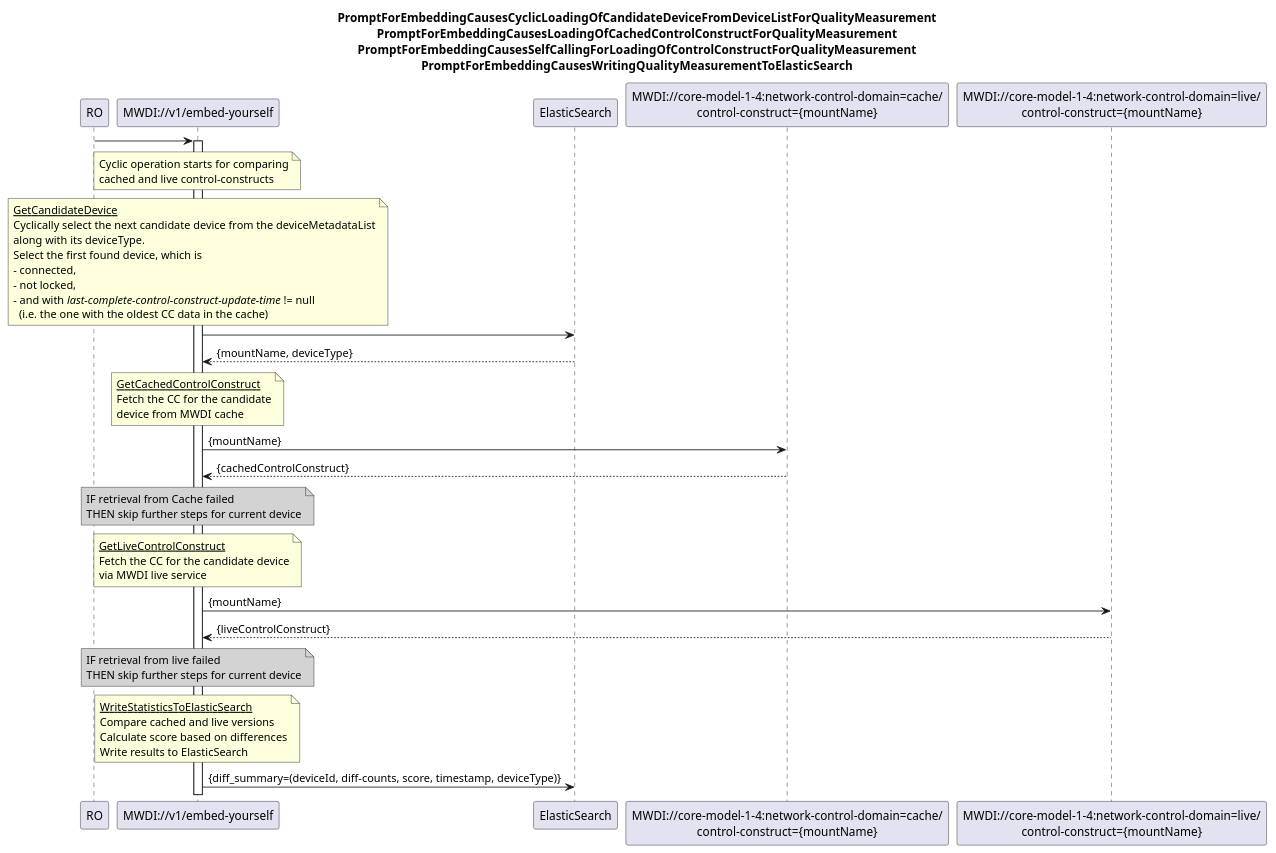
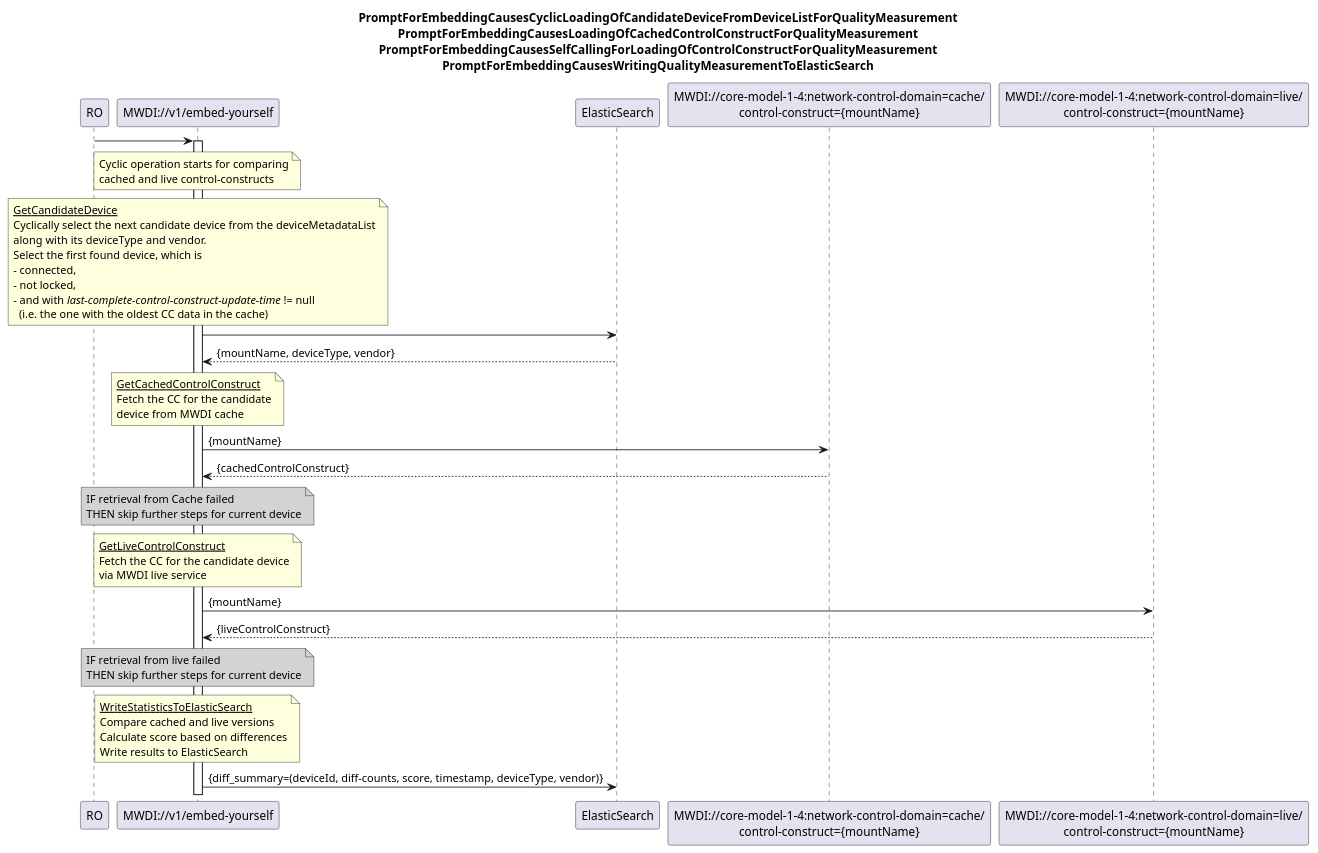
One commit to openBackhaul/MicroWaveDeviceInventory changed the diagram in spec/diagrams/00z_CyclicCacheQualityMeasurement.plantuml. Above: the diagram before and after it, drawn with PlantUML. The commit also changed 4 other files, not shown here.

Commit message:
update diagrams

```diff
--- a/spec/diagrams/00z_CyclicCacheQualityMeasurement.plantuml
+++ b/spec/diagrams/00z_CyclicCacheQualityMeasurement.plantuml
@@ -1,81 +1,81 @@
 @startuml 00z_CyclicCacheQualityMeasurement
 
 skinparam responseMessageBelowArrow true
 
  
 title
 PromptForEmbeddingCausesCyclicLoadingOfCandidateDeviceFromDeviceListForQualityMeasurement
 PromptForEmbeddingCausesLoadingOfCachedControlConstructForQualityMeasurement
 PromptForEmbeddingCausesSelfCallingForLoadingOfControlConstructForQualityMeasurement
 PromptForEmbeddingCausesWritingQualityMeasurementToElasticSearch
 end title
  
 participant RO as ro
 
 participant "MWDI://v1/embed-yourself" as mwdi
 participant "ElasticSearch" as es
 participant "MWDI://core-model-1-4:network-control-domain=cache/\ncontrol-construct={mountName}" as cache
 participant "MWDI://core-model-1-4:network-control-domain=live/\ncontrol-construct={mountName}" as live 
 
 
 ro -> mwdi
 
 activate mwdi
 
 note over mwdi
 Cyclic operation starts for comparing
 cached and live control-constructs
 end note
 
 note over mwdi
   <u>GetCandidateDevice</u>
   Cyclically select the next candidate device from the deviceMetadataList
-  along with its deviceType.
+  along with its deviceType and vendor.
   Select the first found device, which is
   - connected,
   - not locked,
   - and with <i>last-complete-control-construct-update-time</i> != null
     (i.e. the one with the oldest CC data in the cache)
 end note
 mwdi -> es
-es --> mwdi : {mountName, deviceType}
+es --> mwdi : {mountName, deviceType, vendor}
 
 note over mwdi
   <u>GetCachedControlConstruct</u>
   Fetch the CC for the candidate
   device from MWDI cache
 end note
 mwdi -> cache : {mountName}
 cache --> mwdi : {cachedControlConstruct}
 
 note over mwdi #LightGray
   IF retrieval from Cache failed
   THEN skip further steps for current device
 end note
 
 note over mwdi
   <u>GetLiveControlConstruct</u>
   Fetch the CC for the candidate device
   via MWDI live service
 end note
 mwdi -> live : {mountName}
 live --> mwdi :  {liveControlConstruct}
 
 note over mwdi #LightGray
   IF retrieval from live failed
   THEN skip further steps for current device
 end note
  
 note over mwdi
   <u>WriteStatisticsToElasticSearch</u>
   Compare cached and live versions
   Calculate score based on differences
   Write results to ElasticSearch
 end note
 
 
-mwdi -> es : {diff_summary=(deviceId, diff-counts, score, timestamp, deviceType)}
+mwdi -> es : {diff_summary=(deviceId, diff-counts, score, timestamp, deviceType, vendor)}
 
  
 
 @enduml
```
